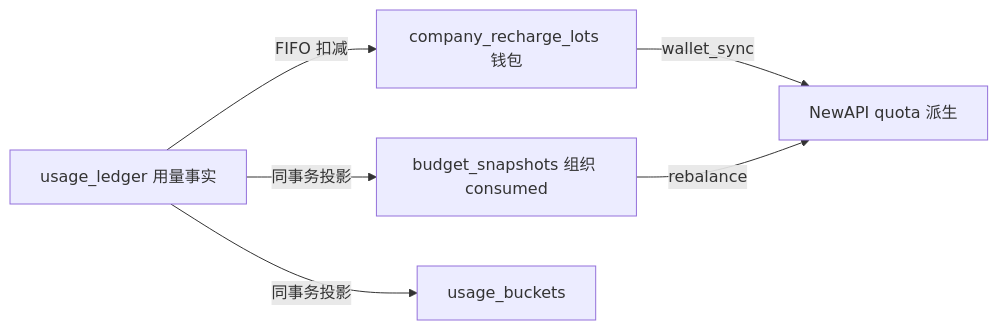
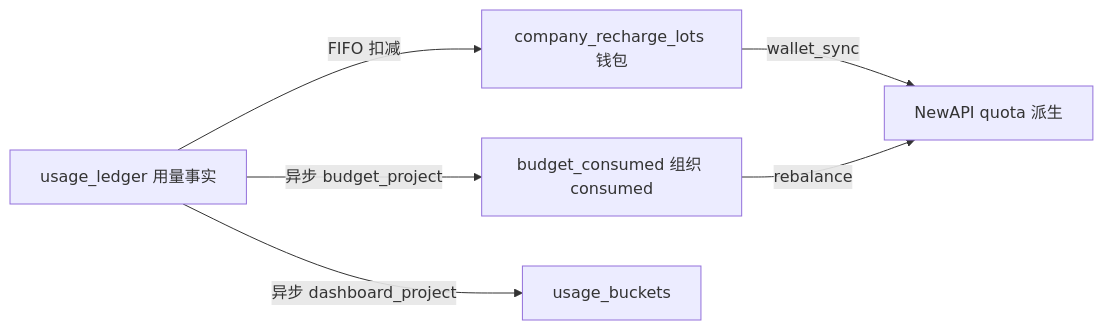
Before and after one commit to quyip8818/mytokenjoy: the second of 6 diagrams in docs/架构评审-系统与数据模型.md, drawn with Mermaid. The commit also changed other lines of this file and 16 other files, not shown here.

````diff
--- a/docs/架构评审-系统与数据模型.md
+++ b/docs/架构评审-系统与数据模型.md
@@ -54,12 +54,12 @@
 ```mermaid
 flowchart LR
   UL[usage_ledger 用量事实]
-  BS[budget_snapshots 组织 consumed]
+  BS[budget_consumed 组织 consumed]
   LOT[company_recharge_lots 钱包]
 
-  UL -->|同事务投影| BS
-  UL -->|同事务投影| UB[usage_buckets]
+  UL -->|异步 budget_project| BS
+  UL -->|异步 dashboard_project| UB[usage_buckets]
   UL -->|FIFO 扣减| LOT
   LOT -->|wallet_sync| NAQ[NewAPI quota 派生]
   BS -->|rebalance| NAQ
 ```
````
